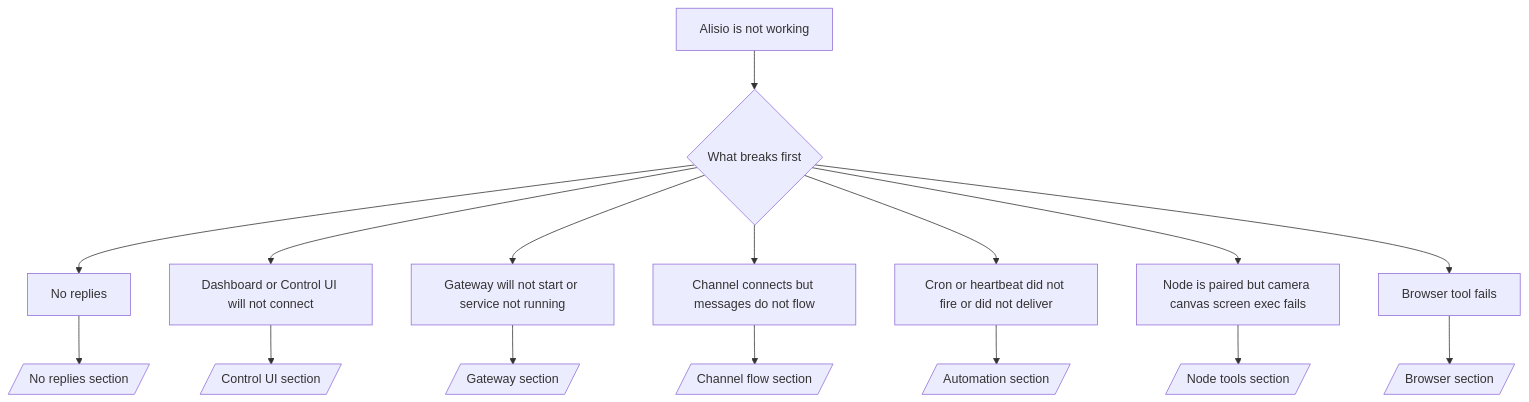
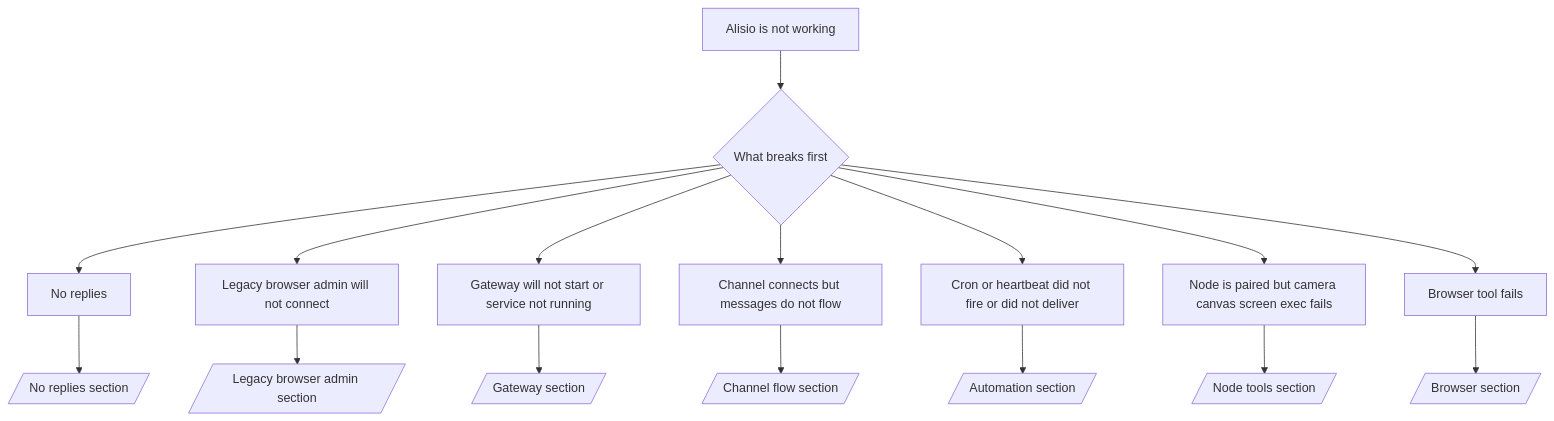
Before and after one commit to nuno7lopes-collab/alisio: the diagram in docs/help/troubleshooting.md, drawn with Mermaid. The commit also changed other lines of this file and 32 other files, not shown here.

````diff
--- a/docs/help/troubleshooting.md
+++ b/docs/help/troubleshooting.md
@@ -98,19 +98,19 @@
 ```mermaid
 flowchart TD
   A[Alisio is not working] --> B{What breaks first}
   B --> C[No replies]
-  B --> D[Dashboard or Control UI will not connect]
+  B --> D[Legacy browser admin will not connect]
   B --> E[Gateway will not start or service not running]
   B --> F[Channel connects but messages do not flow]
   B --> G[Cron or heartbeat did not fire or did not deliver]
   B --> H[Node is paired but camera canvas screen exec fails]
   B --> I[Browser tool fails]
 
   C --> C1[/No replies section/]
-  D --> D1[/Control UI section/]
+  D --> D1[/Legacy browser admin section/]
   E --> E1[/Gateway section/]
   F --> F1[/Channel flow section/]
   G --> G1[/Automation section/]
   H --> H1[/Node tools section/]
   I --> I1[/Browser section/]
 ```
````
